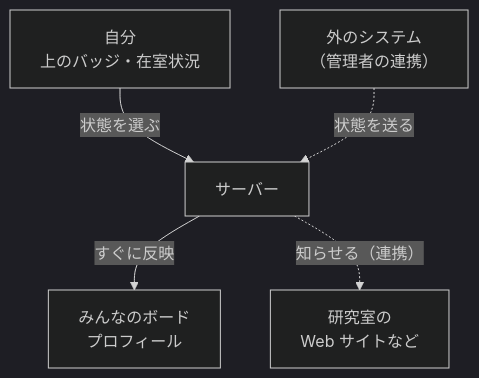
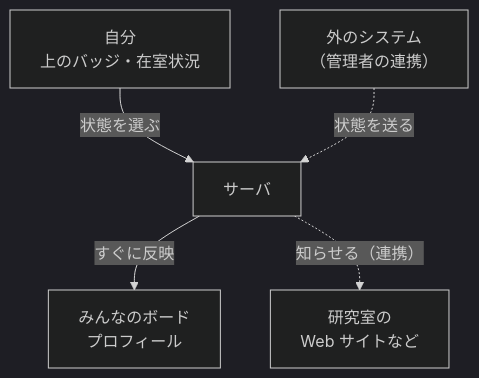
One commit to kanotown/taylis changed the diagram in website/docs/guide/attendance.md. Above: the diagram before and after it, drawn with Mermaid (dark theme). The commit also changed 79 other files, not shown here.

Commit message:
Japanese text: サーバー → サーバ everywhere (UI, error texts, docs, site)

````diff
--- a/website/docs/guide/attendance.md
+++ b/website/docs/guide/attendance.md
@@ -56,7 +56,7 @@
 ```mermaid
 flowchart TD
-  ME["自分<br>上のバッジ・在室状況"] -- "状態を選ぶ" --> S["サーバー"]
+  ME["自分<br>上のバッジ・在室状況"] -- "状態を選ぶ" --> S["サーバ"]
   EXT["外のシステム<br>（管理者の連携）"] -. "状態を送る" .-> S
   S -- "すぐに反映" --> B["みんなのボード<br>プロフィール"]
   S -. "知らせる（連携）" .-> W["研究室の<br>Web サイトなど"]
 ```
````
